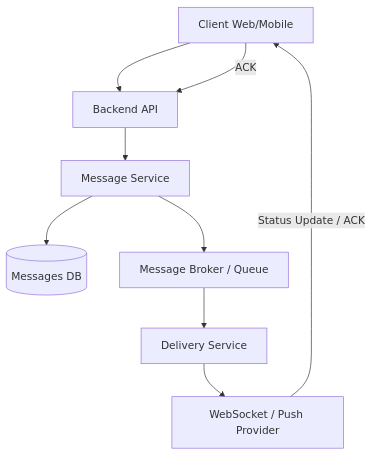
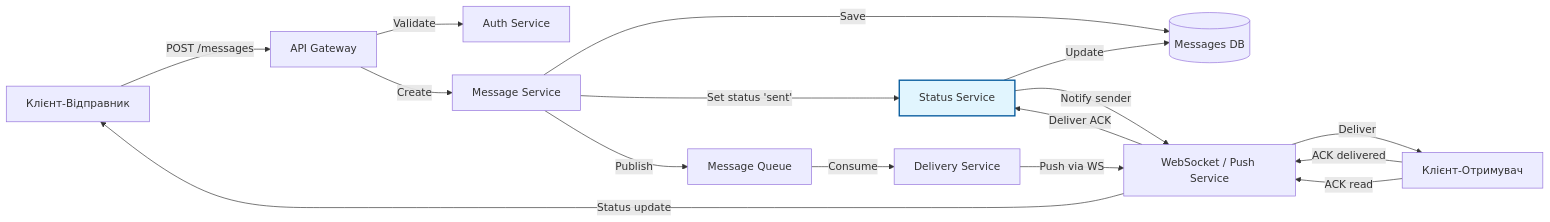
Before and after one commit to artembaranovsky1/Software-Design-and-Documentation_lab-1.1: the first of 3 diagrams in README.md, drawn with Mermaid.

````diff
--- a/README.md
+++ b/README.md
@@ -4,11 +4,44 @@
 ```mermaid
-graph TD
-    Client[Client Web/Mobile] --> API[Backend API]
-    API --> MS[Message Service]
-    MS --> DB[(Messages DB)]
-    MS --> Broker[Message Broker / Queue]
-    Broker --> DS[Delivery Service]
-    DS --> WS[WebSocket / Push Provider]
-    WS -- Status Update / ACK --> Client
-    Client -- ACK --> API
+graph LR
+    %% Клієнтська сторона
+    C1[Клієнт-Відправник]
+    C2[Клієнт-Отримувач]
+
+    %% Точка входу та сервіси
+    API[API Gateway]
+    Auth[Auth Service]
+    MS[Message Service]
+    SS[Status Service]
+
+    %% Черга та надійна доставка
+    MQ[Message Queue]
+    DS[Delivery Service]
+    WS[WebSocket / Push Service]
+
+    %% Зберігання даних
+    DB[(Messages DB)]
+
+    %% Основний потік: відправлення
+    C1 -- "POST /messages" --> API
+    API -- "Validate" --> Auth
+    API -- "Create" --> MS
+    MS -- "Save" --> DB
+    MS -- "Set status 'sent'" --> SS
+    MS -- "Publish" --> MQ
+    MQ -- "Consume" --> DS
+    DS -- "Push via WS" --> WS
+    WS -- "Deliver" --> C2
+
+    %% Потік підтверджень: статуси
+    C2 -- "ACK delivered" --> WS
+    WS -- "Deliver ACK" --> SS
+    C2 -- "ACK read" --> WS
+    
+    %% Оновлення та сповіщення про статус
+    SS -- "Update" --> DB
+    SS -- "Notify sender" --> WS
+    WS -- "Status update" --> C1
+
+    %% Стилізація для виділення Status Service (центр твого завдання)
+    style SS fill:#e1f5fe,stroke:#01579b,stroke-width:2px
 ```
````
